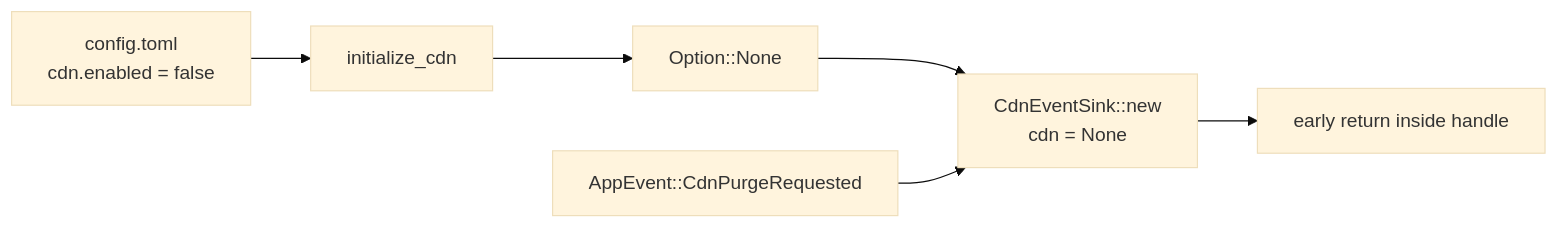
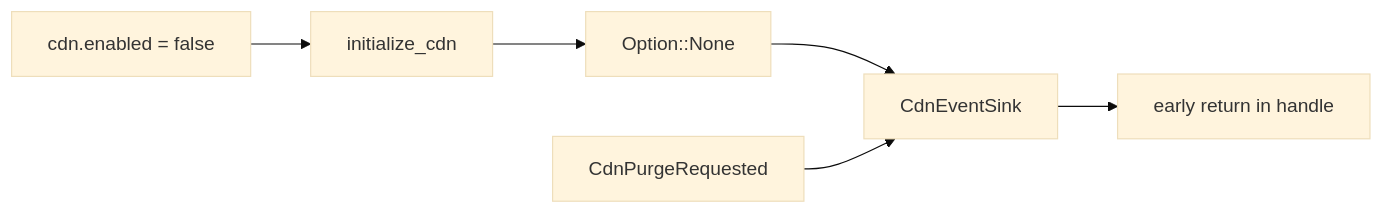
Before and after one commit to Lighty-Launcher/LightyUpdater: the third of 3 diagrams in crates/cdn/docs/flows.md, drawn with Mermaid (base theme). The commit also changed other lines of this file and 22 other files, not shown here.

First line of the commit message:
Simplify per-crate docs + harden mermaid for GitBook

````diff
--- a/crates/cdn/docs/flows.md
+++ b/crates/cdn/docs/flows.md
@@ -56,8 +43,8 @@
 ```mermaid
 flowchart LR
-    Cfg[config.toml<br/>cdn.enabled = false] --> Runtime[initialize_cdn]
-    Runtime --> NoArc[Option::None]
-    NoArc --> Sink[CdnEventSink::new<br/>cdn = None]
-    Bus[AppEvent::CdnPurgeRequested] --> Sink
-    Sink --> Drop[early return inside handle]
+    Cfg[cdn.enabled = false] --> Init[initialize_cdn]
+    Init --> None[Option::None]
+    None --> Sink[CdnEventSink]
+    Bus[CdnPurgeRequested] --> Sink
+    Sink --> Drop[early return in handle]
 ```
````
